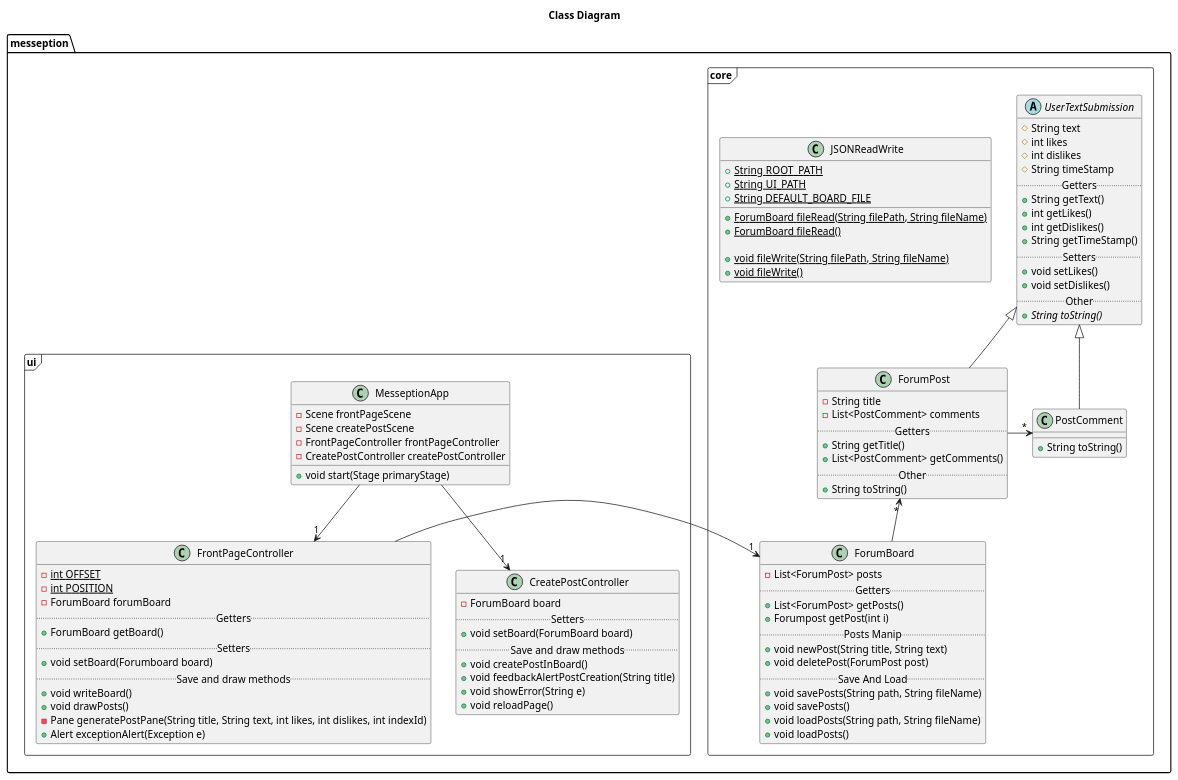
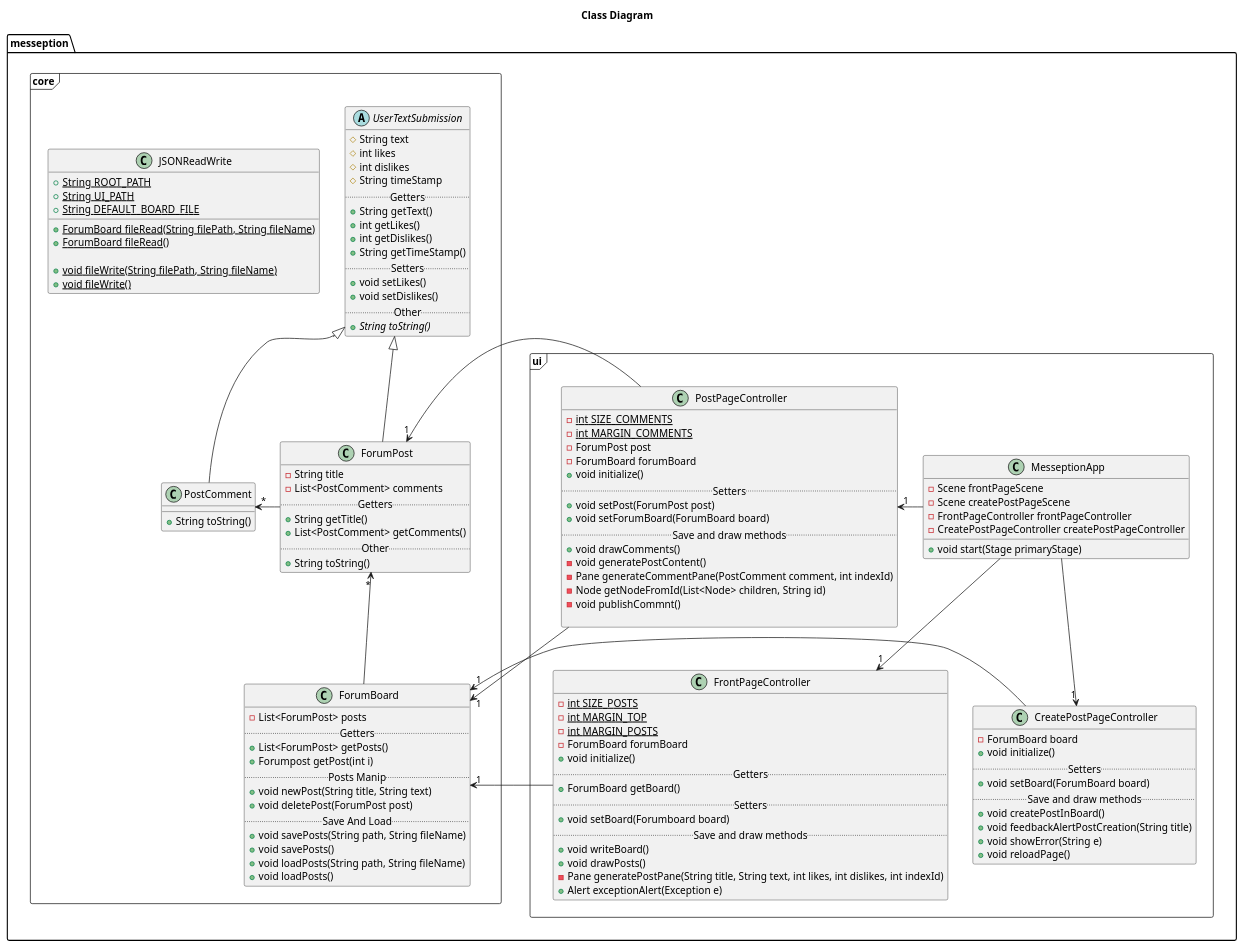
One commit to stianjsu/messeption changed the diagram in messeption/classDiagram.puml. Above: the diagram before and after it, drawn with PlantUML. The commit also changed 1 other file, not shown here.

Commit message:
#17 Updated PlantUML for PostPage

```diff
--- a/messeption/classDiagram.puml
+++ b/messeption/classDiagram.puml
@@ -1,102 +1,127 @@
 @startuml
 
 title Class Diagram
 
 package messeption.core <<Frame>> {
     Abstract class UserTextSubmission {
         # String text
         # int likes
         # int dislikes
         # String timeStamp
         .. Getters ..
         + String getText()
         + int getLikes()
         + int getDislikes()
         + String getTimeStamp()
         .. Setters ..
         + void setLikes()
         + void setDislikes()
         ..Other..
         + {abstract} String toString() 
     }
     class ForumBoard {
         - List<ForumPost> posts
         .. Getters ..
         + List<ForumPost> getPosts()
         + Forumpost getPost(int i)
         .. Posts Manip ..
         + void newPost(String title, String text)
         + void deletePost(ForumPost post)
         .. Save And Load ..
         + void savePosts(String path, String fileName)
         + void savePosts()
         + void loadPosts(String path, String fileName)
         + void loadPosts()
     }
+    class PostComment extends UserTextSubmission {
+        + String toString()
+    }
     class ForumPost extends UserTextSubmission {
         - String title
         - List<PostComment> comments
         .. Getters ..
         + String getTitle()
         + List<PostComment> getComments()
         .. Other ..
         + String toString()
     }
     class JSONReadWrite {
         + {static} String ROOT_PATH
         + {static} String UI_PATH
         + {static} String DEFAULT_BOARD_FILE
         
         + {static} ForumBoard fileRead(String filePath, String fileName)
         + {static} ForumBoard fileRead()
         
         + {static} void fileWrite(String filePath, String fileName)
         + {static} void fileWrite()
     }
     
-    class PostComment extends UserTextSubmission {
-        + String toString()
-    }
-    ForumPost -right-> "*" PostComment
+    
+    ForumPost -left-> "*" PostComment
     ForumPost "*" <-down- ForumBoard
 }
 
 package messeption.ui <<Frame>> {
     class MesseptionApp {
         - Scene frontPageScene
-        - Scene createPostScene
+        - Scene createPostPageScene
         - FrontPageController frontPageController
-        - CreatePostController createPostController
+        - CreatePostPageController createPostPageController
         + void start(Stage primaryStage)
     }
     class FrontPageController {
-        - {static} int OFFSET
-        - {static} int POSITION
+        - {static} int SIZE_POSTS
+        - {static} int MARGIN_TOP
+        - {static} int MARGIN_POSTS
         - ForumBoard forumBoard
+        + void initialize()
         .. Getters ..
         + ForumBoard getBoard()
         .. Setters ..
         + void setBoard(Forumboard board)
         .. Save and draw methods ..
         + void writeBoard()
         + void drawPosts()
         - Pane generatePostPane(String title, String text, int likes, int dislikes, int indexId)
         + Alert exceptionAlert(Exception e)
     }
-    class CreatePostController {
+    class CreatePostPageController {
         - ForumBoard board
+        + void initialize()
         ..Setters..
         + void setBoard(ForumBoard board)
         .. Save and draw methods ..
         + void createPostInBoard()
         + void feedbackAlertPostCreation(String title)
         + void showError(String e)
         + void reloadPage()
     }
+    class PostPageController {
+        - {static} int SIZE_COMMENTS
+        - {static} int MARGIN_COMMENTS
+        - ForumPost post
+        - ForumBoard forumBoard
+        + void initialize()
+        .. Setters ..
+        + void setPost(ForumPost post)
+        + void setForumBoard(ForumBoard board)
+        .. Save and draw methods ..
+        + void drawComments()
+        - void generatePostContent()
+        - Pane generateCommentPane(PostComment comment, int indexId)
+        - Node getNodeFromId(List<Node> children, String id)
+        - void publishCommnt()
+        
+    }
     
     MesseptionApp --> "1" FrontPageController
-    MesseptionApp --> "1" CreatePostController
+    MesseptionApp --> "1" CreatePostPageController
+    MesseptionApp -left-> "1" PostPageController
+    ForumPost "1" <-left- PostPageController
+    ForumBoard "1" <-- CreatePostPageController
     ForumBoard "1" <-left- FrontPageController
+    ForumBoard "1" <-- PostPageController
 }
-
+messeption.core -[hidden]-> messeption.ui
 @enduml
```
